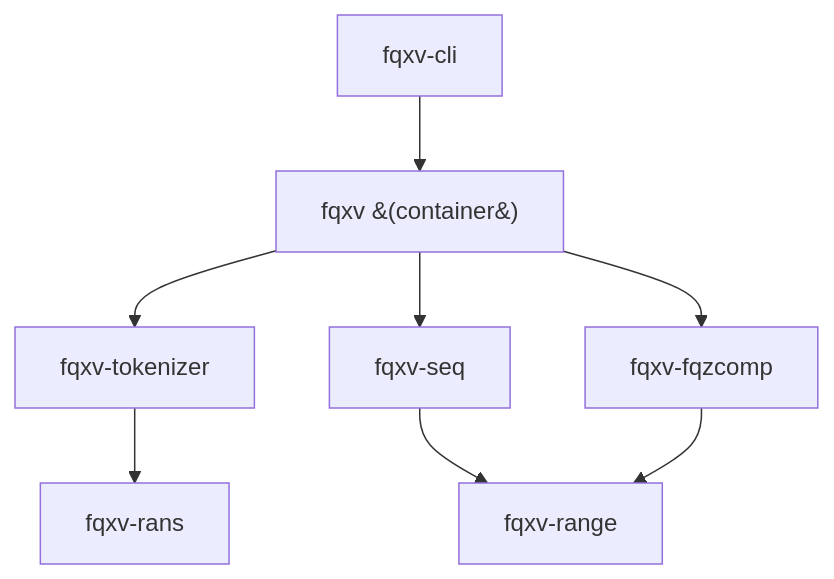
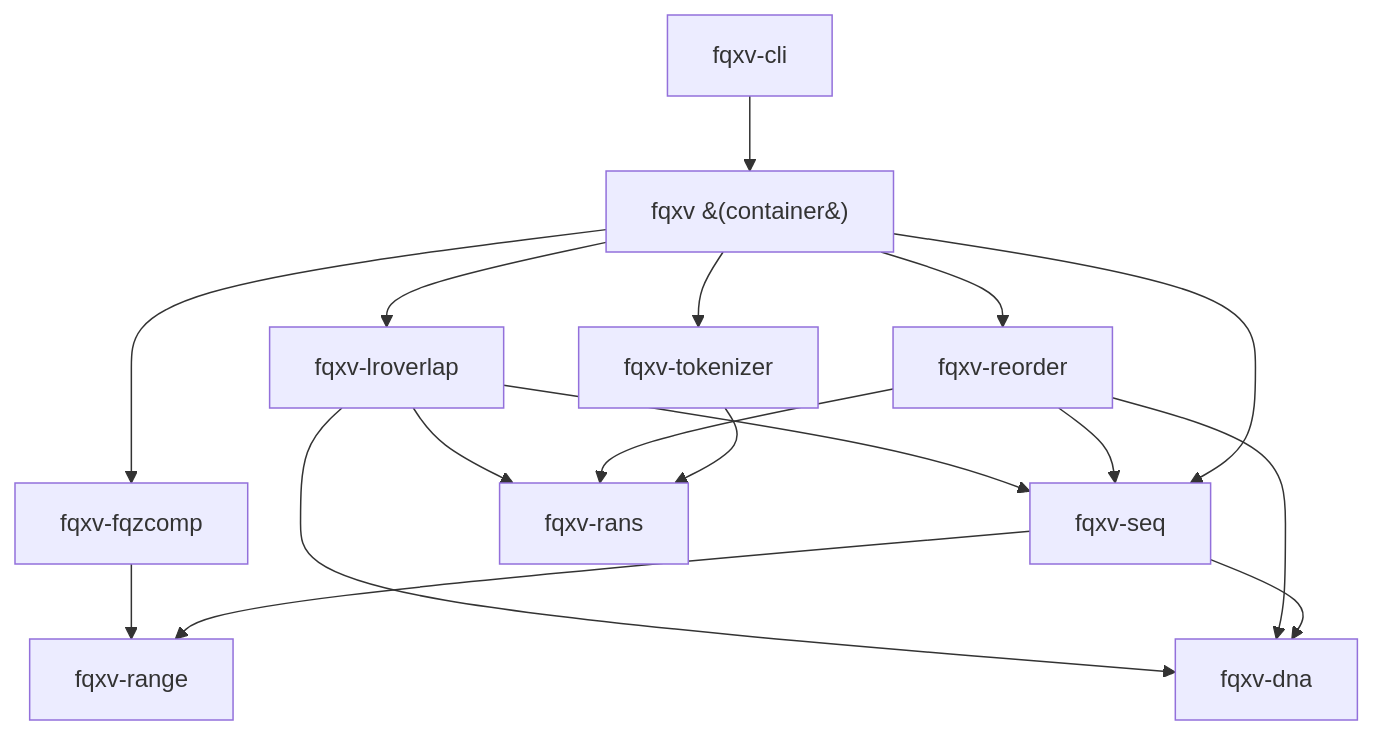
The diagram in docs/design/index.md (rnabioco/fqxv), drawn with Mermaid before and after one commit. The commit also changed other lines of this file and 17 other files, not shown here.

````diff
--- a/docs/design/index.md
+++ b/docs/design/index.md
@@ -19,10 +19,19 @@
 ```mermaid
 graph TD
     CLI[fqxv-cli] --> C[fqxv &#40;container&#41;]
     C --> TOK[fqxv-tokenizer]
     C --> SEQ[fqxv-seq]
     C --> FQZ[fqxv-fqzcomp]
+    C --> REO[fqxv-reorder]
+    C --> LRO[fqxv-lroverlap]
     TOK --> RANS[fqxv-rans]
     SEQ --> RANGE[fqxv-range]
+    SEQ --> DNA[fqxv-dna]
     FQZ --> RANGE
+    REO --> RANS
+    REO --> SEQ
+    REO --> DNA
+    LRO --> SEQ
+    LRO --> RANS
+    LRO --> DNA
 ```
````
